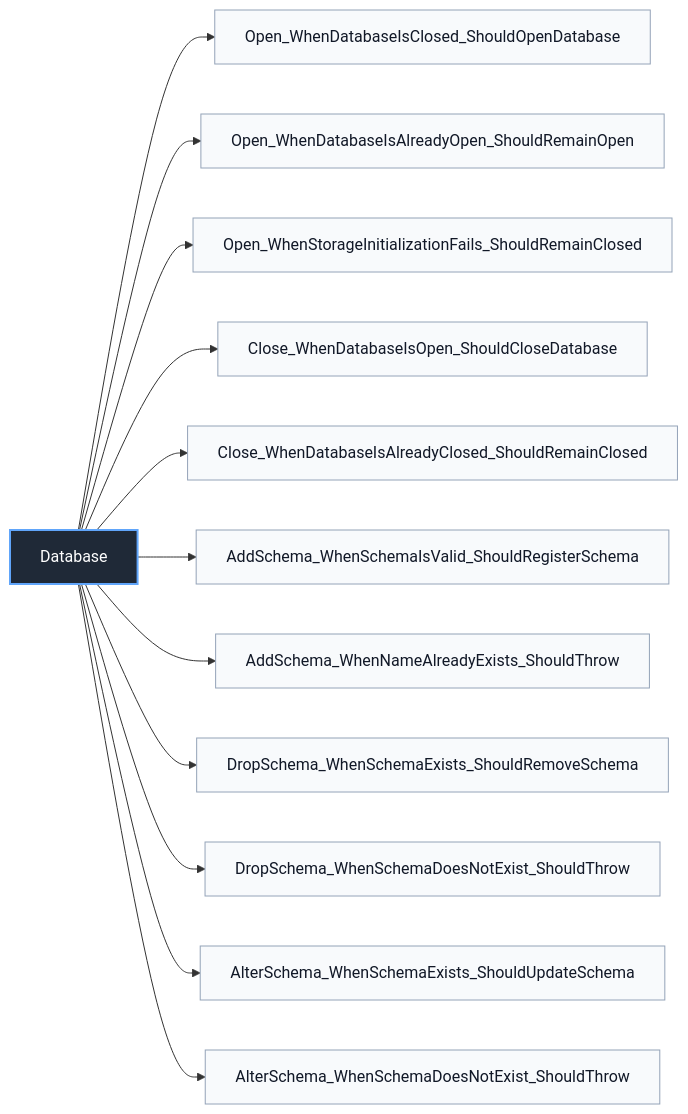
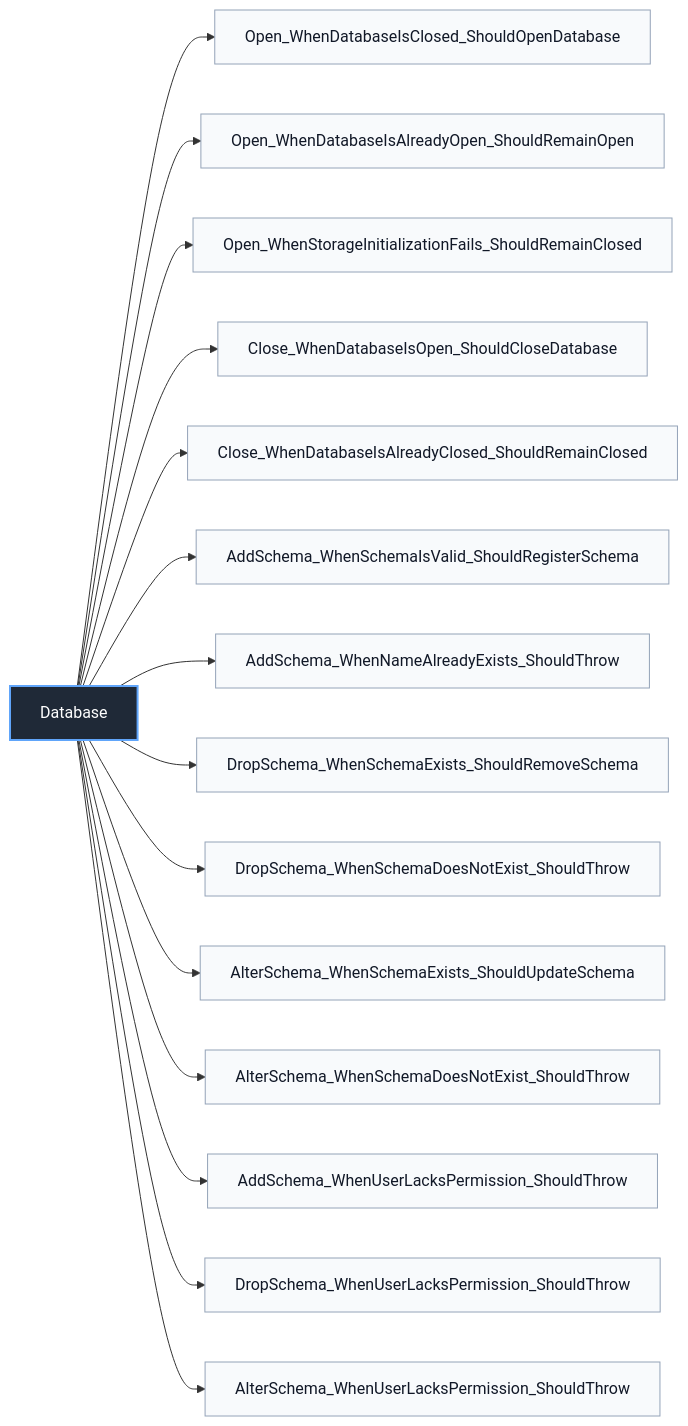
Before and after one commit to manaxpow/DBMS: diagram 14 of 50 in README.md, drawn with Mermaid. The commit also changed other lines of this file and 1 other file, not shown here.

Commit message:
Add unit test implement plan

````diff
--- a/README.md
+++ b/README.md
@@ -652,21 +655,25 @@
 ```mermaid
 flowchart LR
     Database_Manager_Database["Database"]
 
     Database_Manager_Database --> Database_Manager_Database_T1["Open_WhenDatabaseIsClosed_ShouldOpenDatabase"]
     Database_Manager_Database --> Database_Manager_Database_T2["Open_WhenDatabaseIsAlreadyOpen_ShouldRemainOpen"]
     Database_Manager_Database --> Database_Manager_Database_T3["Open_WhenStorageInitializationFails_ShouldRemainClosed"]
     Database_Manager_Database --> Database_Manager_Database_T4["Close_WhenDatabaseIsOpen_ShouldCloseDatabase"]
     Database_Manager_Database --> Database_Manager_Database_T5["Close_WhenDatabaseIsAlreadyClosed_ShouldRemainClosed"]
     Database_Manager_Database --> Database_Manager_Database_T6["AddSchema_WhenSchemaIsValid_ShouldRegisterSchema"]
     Database_Manager_Database --> Database_Manager_Database_T7["AddSchema_WhenNameAlreadyExists_ShouldThrow"]
     Database_Manager_Database --> Database_Manager_Database_T8["DropSchema_WhenSchemaExists_ShouldRemoveSchema"]
     Database_Manager_Database --> Database_Manager_Database_T9["DropSchema_WhenSchemaDoesNotExist_ShouldThrow"]
     Database_Manager_Database --> Database_Manager_Database_T10["AlterSchema_WhenSchemaExists_ShouldUpdateSchema"]
     Database_Manager_Database --> Database_Manager_Database_T11["AlterSchema_WhenSchemaDoesNotExist_ShouldThrow"]
 
+    Database_Manager_Database --> Database_Manager_Database_T12["AddSchema_WhenUserLacksPermission_ShouldThrow"]
+    Database_Manager_Database --> Database_Manager_Database_T13["DropSchema_WhenUserLacksPermission_ShouldThrow"]
+    Database_Manager_Database --> Database_Manager_Database_T14["AlterSchema_WhenUserLacksPermission_ShouldThrow"]
+
     classDef classNode fill:#1f2937,stroke:#60a5fa,color:#ffffff,stroke-width:2px
     classDef testNode fill:#f8fafc,stroke:#94a3b8,color:#111827
     class Database_Manager_Database classNode
-    class Database_Manager_Database_T1,Database_Manager_Database_T2,Database_Manager_Database_T3,Database_Manager_Database_T4,Database_Manager_Database_T5,Database_Manager_Database_T6,Database_Manager_Database_T7,Database_Manager_Database_T8,Database_Manager_Database_T9,Database_Manager_Database_T10,Database_Manager_Database_T11 testNode
+    class Database_Manager_Database_T1,Database_Manager_Database_T2,Database_Manager_Database_T3,Database_Manager_Database_T4,Database_Manager_Database_T5,Database_Manager_Database_T6,Database_Manager_Database_T7,Database_Manager_Database_T8,Database_Manager_Database_T9,Database_Manager_Database_T10,Database_Manager_Database_T11,Database_Manager_Database_T12,Database_Manager_Database_T13,Database_Manager_Database_T14 testNode
 ```
````
